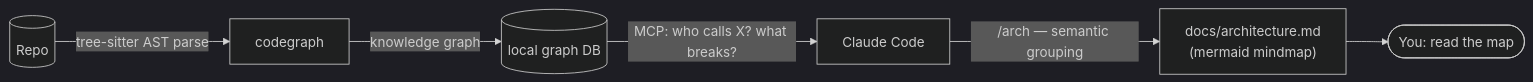
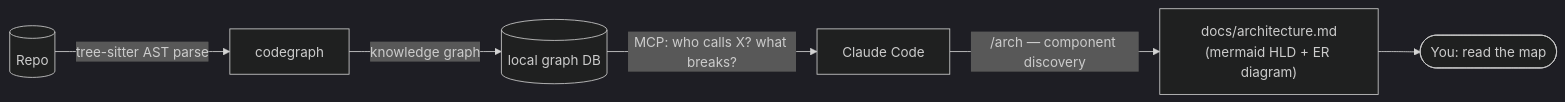
Before and after one commit to codeshivamsi-sketch/ai_dev_workflow: the third of 5 diagrams in README.md, drawn with Mermaid (dark theme). The commit also changed other lines of this file and 4 other files, not shown here.

Commit message:
rm irrelevant diagram gen

````diff
--- a/README.md
+++ b/README.md
@@ -72,8 +79,8 @@
 ```mermaid
 flowchart LR
     R[(Repo)] -->|"tree-sitter AST parse"| CG[codegraph]
     CG -->|"knowledge graph"| DB[(local graph DB)]
     DB -->|"MCP: who calls X? what breaks?"| CC[Claude Code]
-    CC -->|"/arch — semantic grouping"| MM["docs/architecture.md<br/>(mermaid mindmap)"]
+    CC -->|"/arch — component discovery"| MM["docs/architecture.md<br/>(mermaid HLD + ER diagram)"]
     MM --> Dev([You: read the map])
 ```
````
